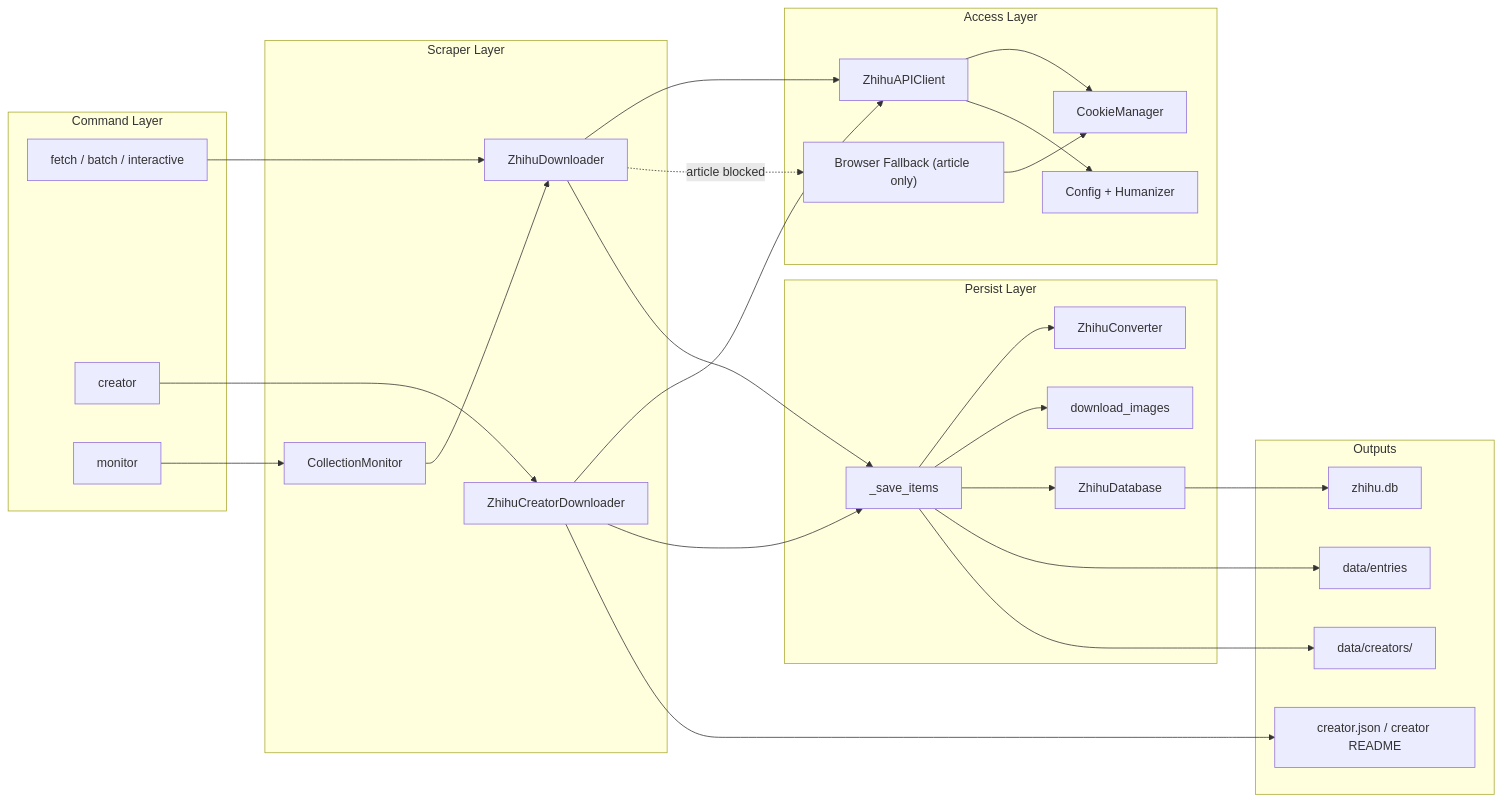
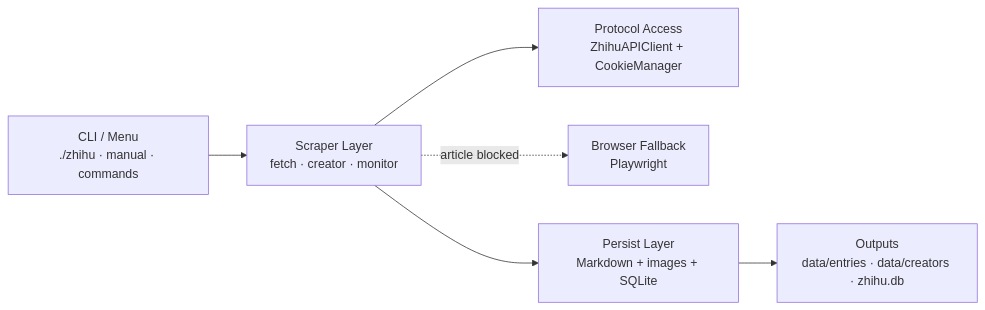
One commit to yuchenzhu-research/zhihu-scraper changed the diagram in README_EN.md. Above: the diagram before and after it, drawn with Mermaid. The commit also changed other lines of this file and 1 other file, not shown here.

````diff
--- a/README_EN.md
+++ b/README_EN.md
@@ -318,55 +275,8 @@
 ```mermaid
 flowchart LR
-    subgraph A["Command Layer"]
-        A1["fetch / batch / interactive"]
-        A2["creator"]
-        A3["monitor"]
-    end
-
-    subgraph B["Scraper Layer"]
-        B1["ZhihuDownloader"]
-        B2["ZhihuCreatorDownloader"]
-        B3["CollectionMonitor"]
-    end
-
-    subgraph C["Access Layer"]
-        C1["ZhihuAPIClient"]
-        C2["Browser Fallback (article only)"]
-        C3["CookieManager"]
-        C4["Config + Humanizer"]
-    end
-
-    subgraph D["Persist Layer"]
-        D1["_save_items"]
-        D2["ZhihuConverter"]
-        D3["download_images"]
-        D4["ZhihuDatabase"]
-    end
-
-    subgraph E["Outputs"]
-        E1["data/entries"]
-        E2["data/creators/<url_token>"]
-        E3["creator.json / creator README"]
-        E4["zhihu.db"]
-    end
-
-    A1 --> B1
-    A2 --> B2
-    A3 --> B3
-    B3 --> B1
-    B1 --> C1
-    B2 --> C1
-    B1 -. article blocked .-> C2
-    C1 --> C3
-    C1 --> C4
-    C2 --> C3
-    B1 --> D1
-    B2 --> D1
-    D1 --> D2
-    D1 --> D3
-    D1 --> D4
-    D1 --> E1
-    D1 --> E2
-    B2 --> E3
-    D4 --> E4
+    A["CLI / Menu<br/>./zhihu · manual · commands"] --> B["Scraper Layer<br/>fetch · creator · monitor"]
+    B --> C["Protocol Access<br/>ZhihuAPIClient + CookieManager"]
+    B -. article blocked .-> D["Browser Fallback<br/>Playwright"]
+    B --> E["Persist Layer<br/>Markdown + images + SQLite"]
+    E --> F["Outputs<br/>data/entries · data/creators · zhihu.db"]
 ```
````
